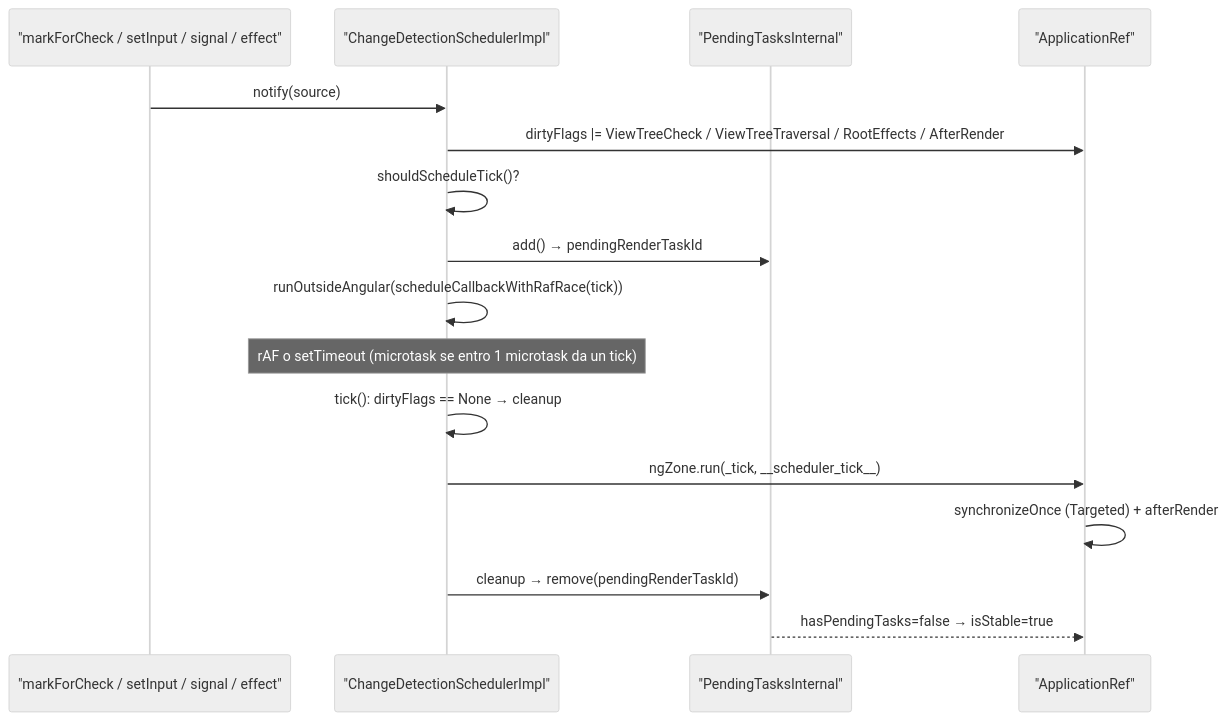
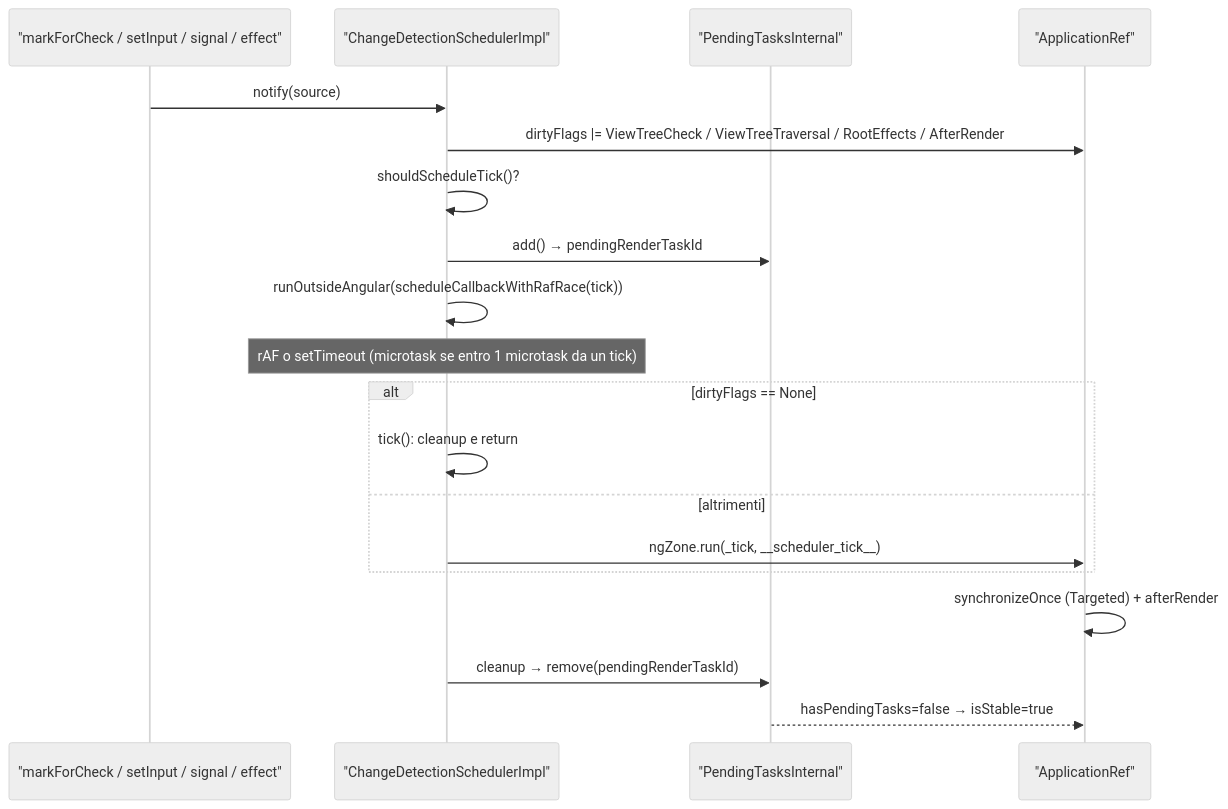
The third of 5 diagrams in docs/spartacus-book/parte-1/04-change-detection-zone-signals.md (mgiuditta/spartacus), drawn with Mermaid (neutral theme) before and after one commit. The commit also changed other lines of this file and 4 other files, not shown here.

````diff
--- a/docs/spartacus-book/parte-1/04-change-detection-zone-signals.md
+++ b/docs/spartacus-book/parte-1/04-change-detection-zone-signals.md
@@ -321,18 +324,21 @@
 ```mermaid
 sequenceDiagram
   participant Src as "markForCheck / setInput / signal / effect"
   participant S as "ChangeDetectionSchedulerImpl"
   participant PTI as "PendingTasksInternal"
   participant AR as "ApplicationRef"
   Src->>S: notify(source)
   S->>AR: dirtyFlags |= ViewTreeCheck / ViewTreeTraversal / RootEffects / AfterRender
   S->>S: shouldScheduleTick()?
   S->>PTI: add() → pendingRenderTaskId
   S->>S: runOutsideAngular(scheduleCallbackWithRafRace(tick))
   Note over S: rAF o setTimeout (microtask se entro 1 microtask da un tick)
-  S->>S: tick(): dirtyFlags == None → cleanup
-  S->>AR: ngZone.run(_tick, __scheduler_tick__)
+  alt dirtyFlags == None
+    S->>S: tick(): cleanup e return
+  else altrimenti
+    S->>AR: ngZone.run(_tick, __scheduler_tick__)
+  end
   AR->>AR: synchronizeOnce (Targeted) + afterRender
   S->>PTI: cleanup → remove(pendingRenderTaskId)
   PTI-->>AR: hasPendingTasks=false → isStable=true
 ```
````
